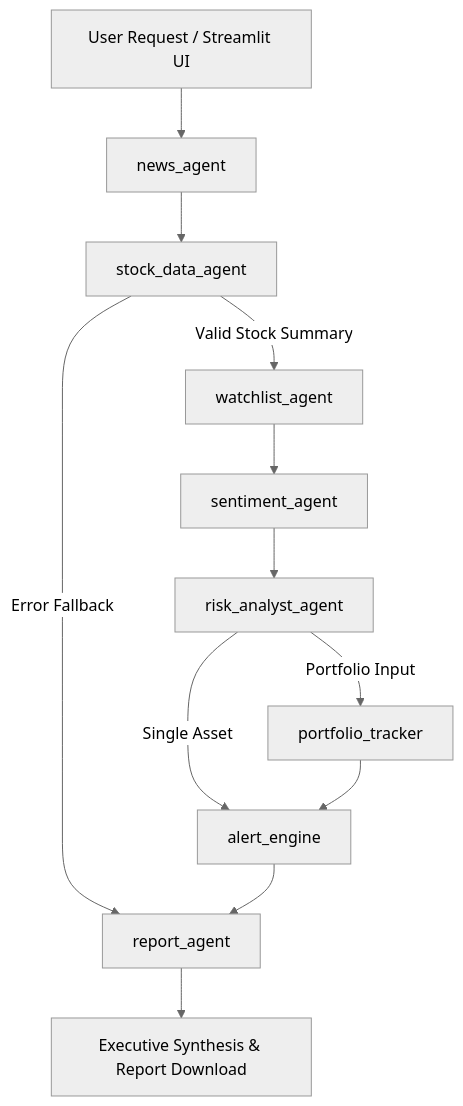
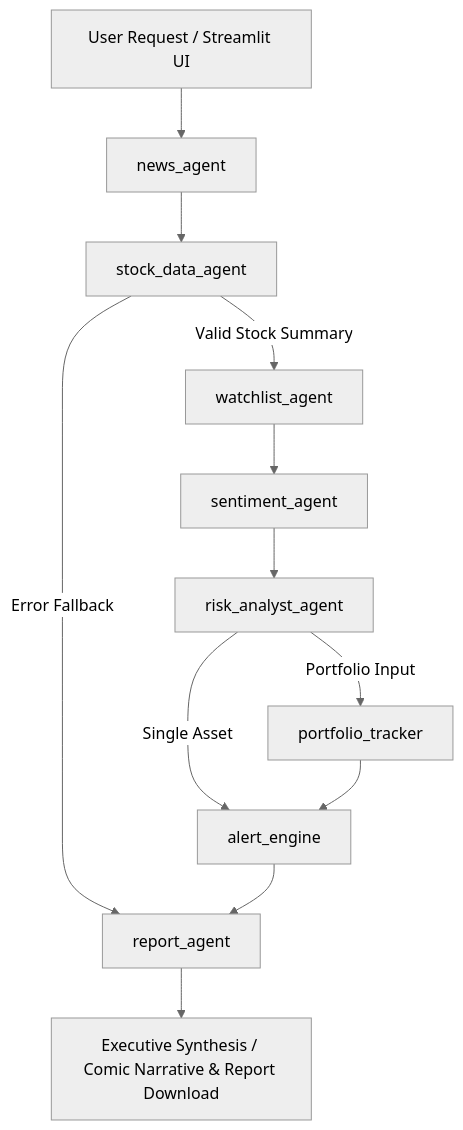
One commit to Sharan-G-S/Marketpulse-AI-Agents changed the diagram in README.md. Above: the diagram before and after it, drawn with Mermaid (neutral theme). The commit also changed other lines of this file, not shown here.

Commit message:
docs(readme): update README & documentation with Comic Theme, World Market Scanner, & 17 new commits

````diff
--- a/README.md
+++ b/README.md
@@ -43,14 +49,14 @@
 ```mermaid
 graph TD
     A[User Request / Streamlit UI] --> B[news_agent]
     B --> C[stock_data_agent]
     C -->|Valid Stock Summary| D[watchlist_agent]
     C -->|Error Fallback| H[report_agent]
     D --> E[sentiment_agent]
     E --> F[risk_analyst_agent]
     F -->|Portfolio Input| G[portfolio_tracker]
     F -->|Single Asset| I[alert_engine]
     G --> I
     I --> H
-    H --> J[Executive Synthesis & Report Download]
+    H --> J[Executive Synthesis / Comic Narrative & Report Download]
 ```
````
